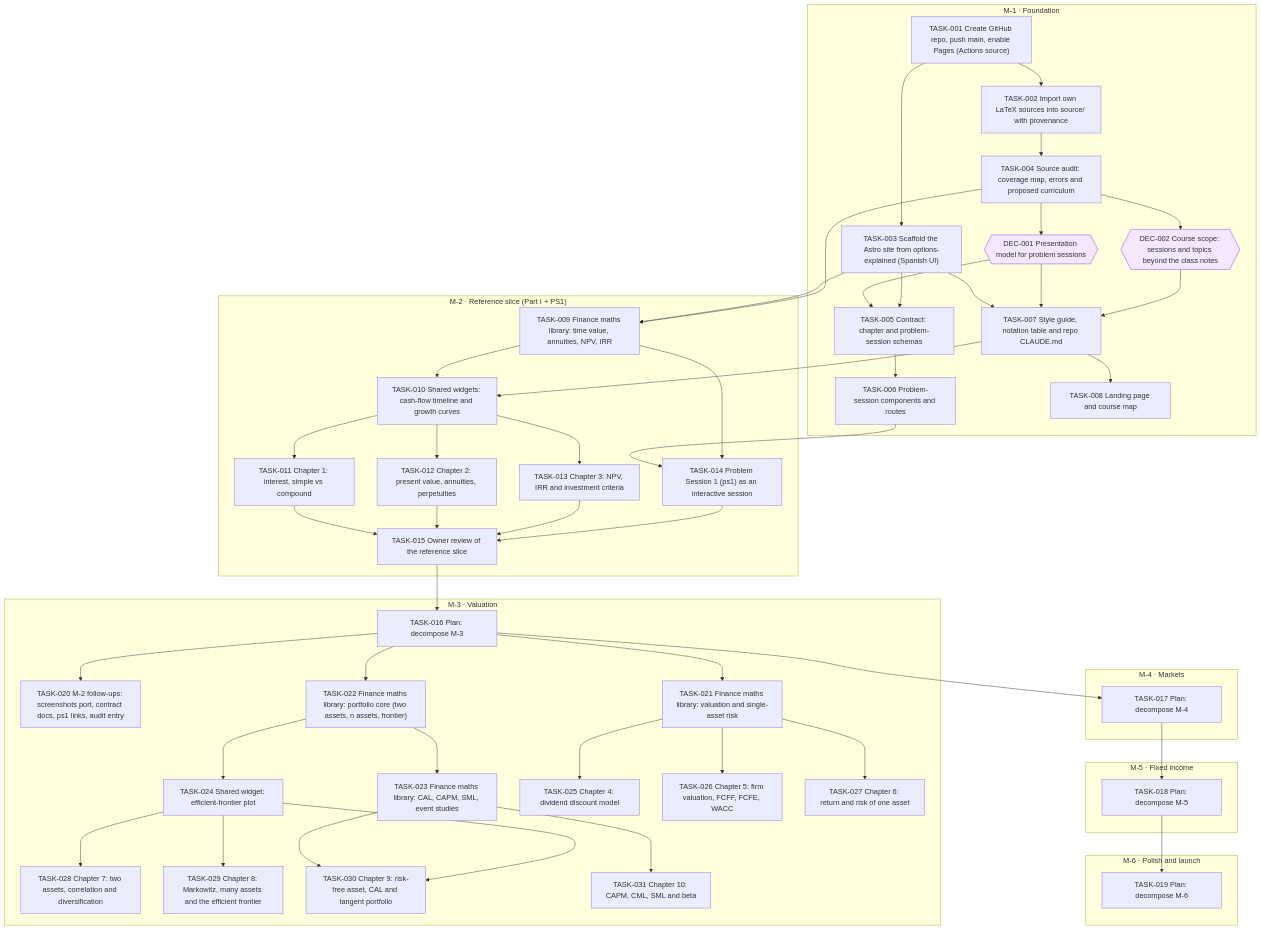
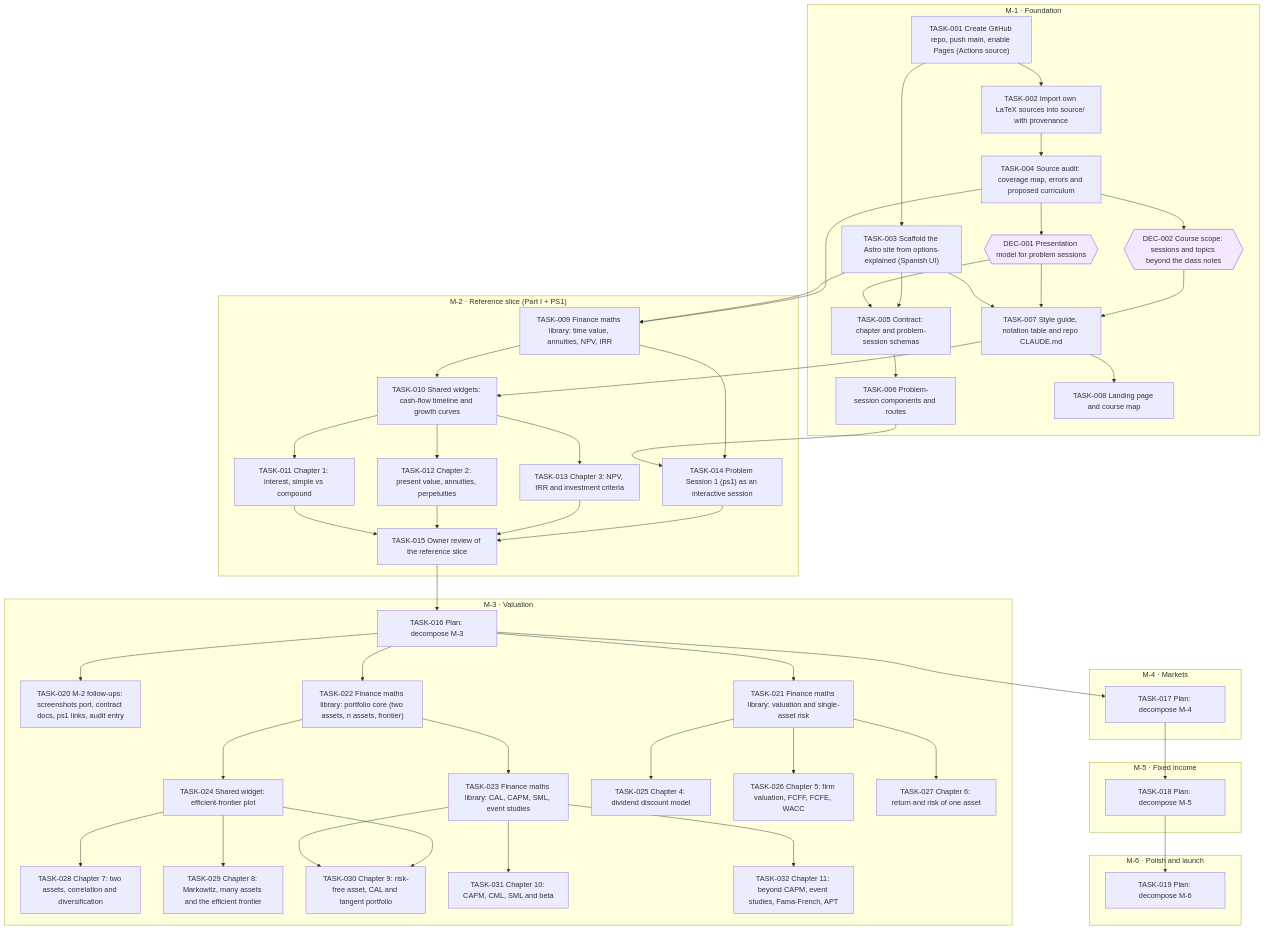
Before and after one commit to jesusvillota/economia-financiera: the diagram in goals/course-site/README.md, drawn with Mermaid. The commit also changed 1 other file, not shown here.

Commit message:
goal(course-site): add TASK-032 Chapter 11: beyond CAPM, event studies, Fama-French, APT

```diff
--- a/goals/course-site/README.md
+++ b/goals/course-site/README.md
@@ -69,6 +69,7 @@
     TASK_029["TASK-029 Chapter 8: Markowitz, many assets and the efficient frontier"]
     TASK_030["TASK-030 Chapter 9: risk-free asset, CAL and tangent portfolio"]
     TASK_031["TASK-031 Chapter 10: CAPM, CML, SML and beta"]
+    TASK_032["TASK-032 Chapter 11: beyond CAPM, event studies, Fama-French, APT"]
   end
   subgraph M_4["M-4 · Markets"]
     TASK_017["TASK-017 Plan: decompose M-4"]
@@ -121,6 +122,7 @@
   TASK_023 --> TASK_030
   TASK_024 --> TASK_030
   TASK_023 --> TASK_031
+  TASK_023 --> TASK_032
   classDef draft stroke-dasharray: 4 3
   classDef cancelled opacity:0.45
   classDef decision fill:#f3e8ff,stroke:#7c3aed
```
